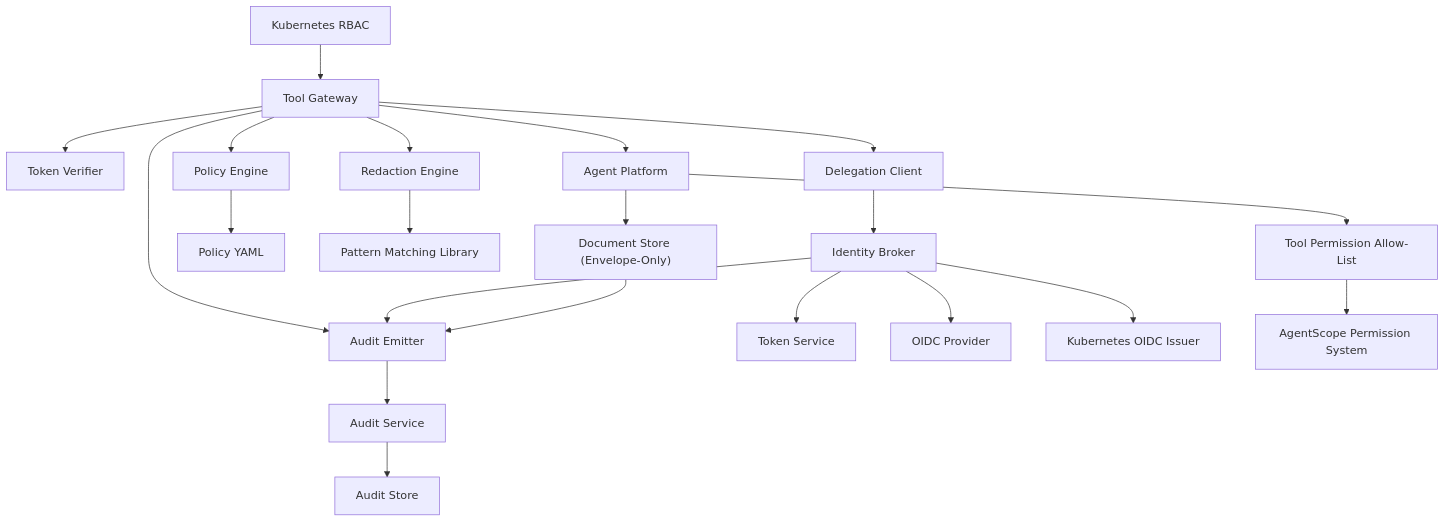
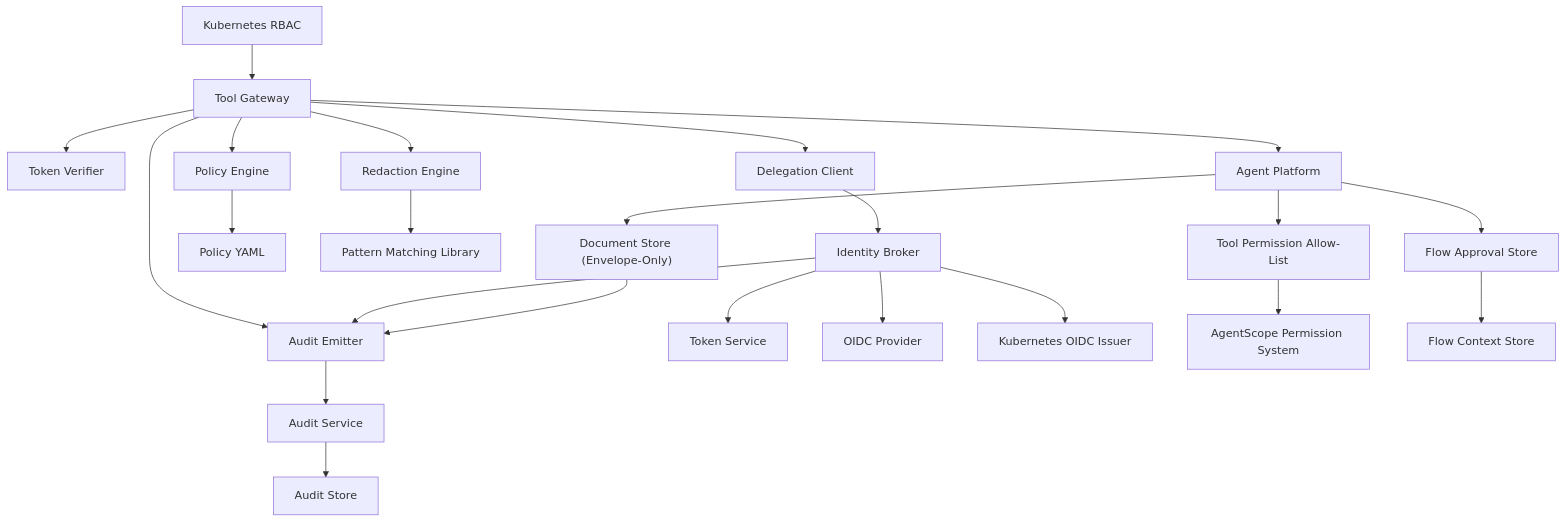
One commit to metasync/luban-aiops changed diagram 11 of 11 in .qoder/repowiki/en/content/Security Guide/Security Guide.md. Above: the diagram before and after it, drawn with Mermaid. The commit also changed other lines of this file and 121 other files, not shown here.

````diff
--- a/.qoder/repowiki/en/content/Security Guide/Security Guide.md
+++ b/.qoder/repowiki/en/content/Security Guide/Security Guide.md
@@ -536,23 +597,25 @@
 ```mermaid
 graph TB
 Gateway["Tool Gateway"] --> TokenVerifier["Token Verifier"]
 Gateway --> PolicyEngine["Policy Engine"]
 Gateway --> AgentPlatform["Agent Platform"]
 Gateway --> DelegationClient["Delegation Client"]
 Gateway --> RedactionEngine["Redaction Engine"]
 Gateway --> AuditEmitter["Audit Emitter"]
 IdentityBroker["Identity Broker"] --> TokenService["Token Service"]
 IdentityBroker --> OIDCProvider["OIDC Provider"]
 IdentityBroker --> WorkloadOIDC["Kubernetes OIDC Issuer"]
 IdentityBroker --> AuditEmitter
 PolicyEngine --> PolicyYAML["Policy YAML"]
 RBAC["Kubernetes RBAC"] --> Gateway
 DelegationClient --> IdentityBroker
 RedactionEngine --> PatternMatching["Pattern Matching Library"]
 AgentPlatform --> AllowList["Tool Permission Allow-List"]
+AgentPlatform --> FlowStore["Flow Approval Store"]
 AgentPlatform --> DocStore["Document Store (Envelope-Only)"]
 AllowList --> AgentScope["AgentScope Permission System"]
+FlowStore --> FlowContext["Flow Context Store"]
 DocStore --> AuditEmitter
 AuditEmitter --> AuditService["Audit Service"]
 AuditService --> AuditStore["Audit Store"]
 ```
````
